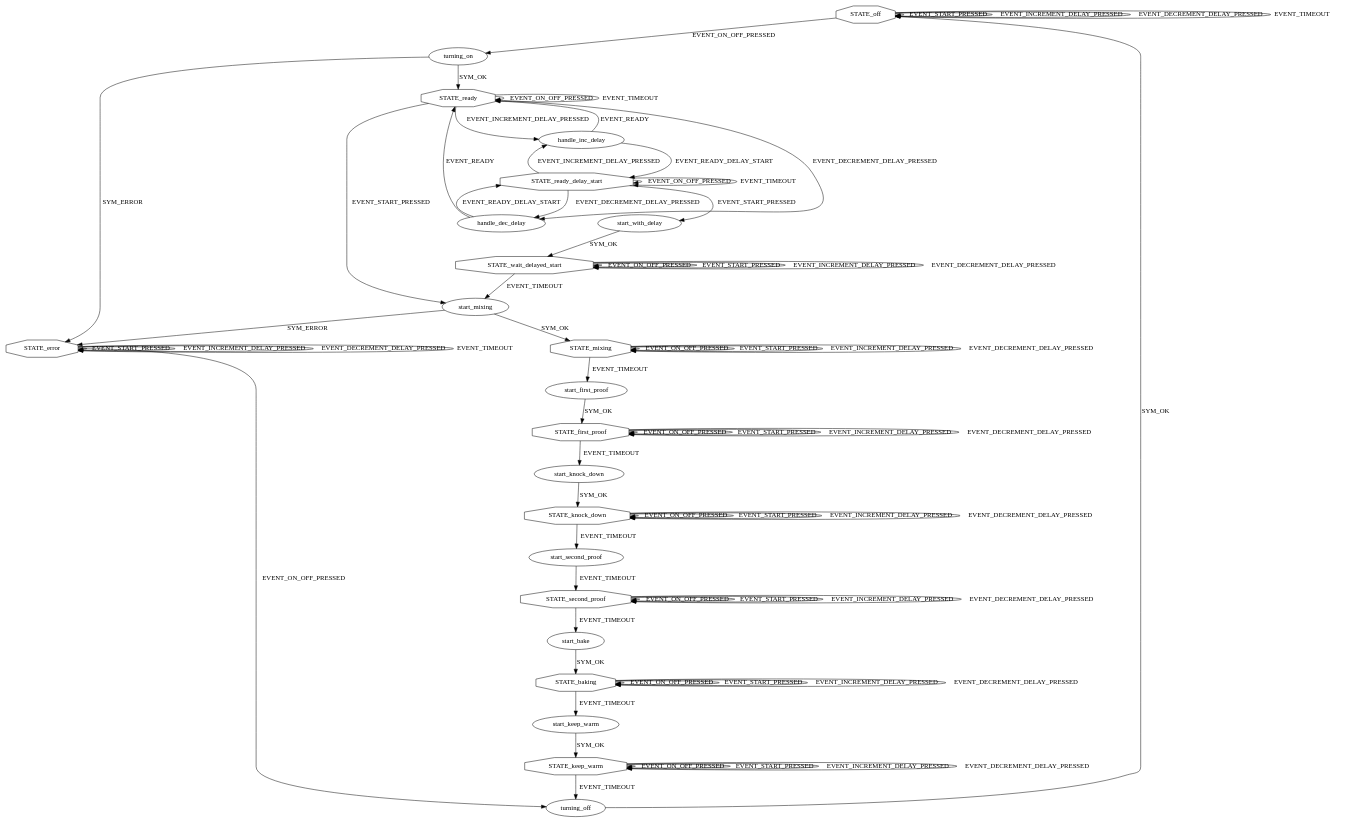
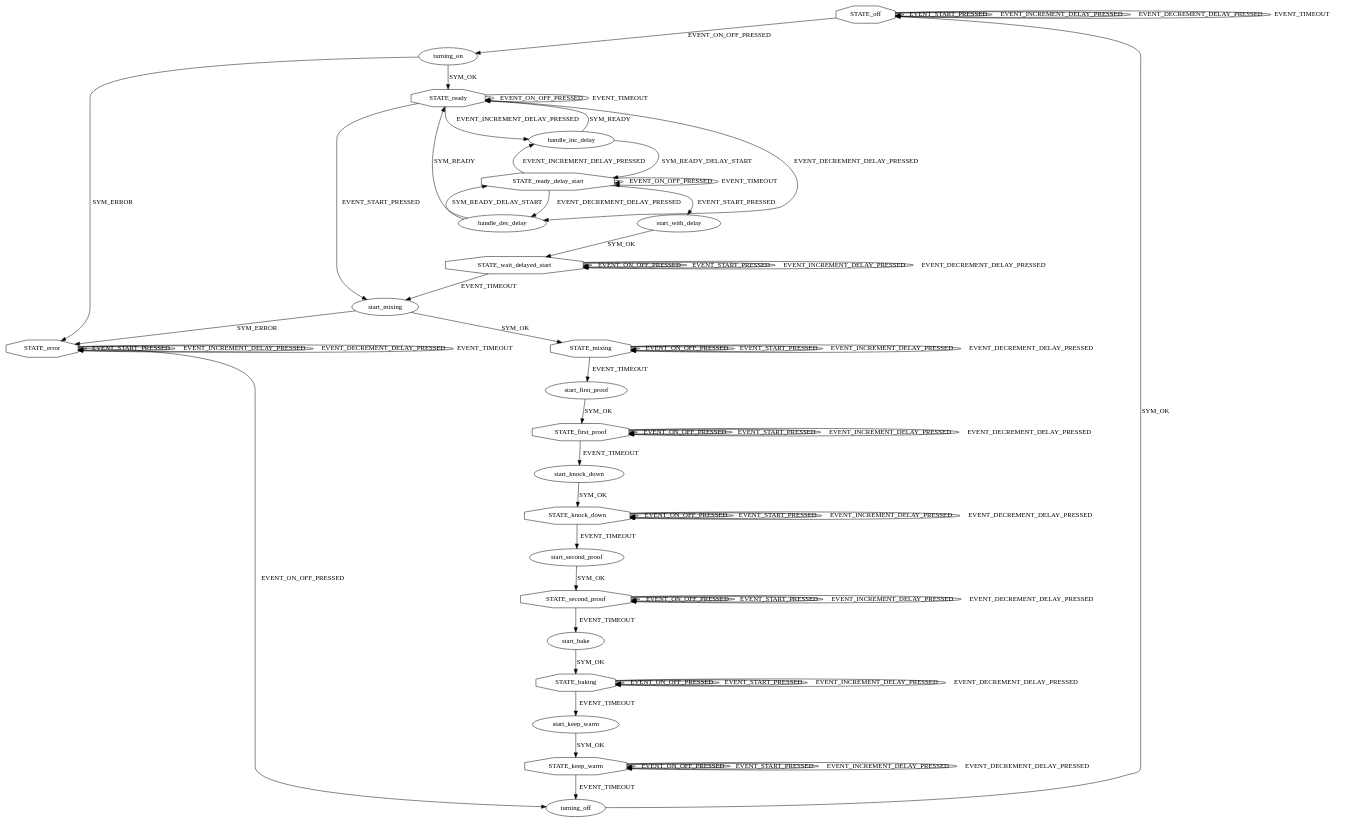
The diagram in examples/ex_01.dot (sammyblueeyes/state_machine_gen), drawn with Graphviz before and after one commit.

Commit message:
Fix a few bugs in BreadMachine state machine definition

```diff
--- a/examples/ex_01.dot
+++ b/examples/ex_01.dot
@@ -1,103 +1,103 @@
 digraph BreadMachine {
     // *** States ***
     STATE_off[shape=octagon];
     STATE_ready[shape=octagon];
     STATE_ready_delay_start[shape=octagon];
     STATE_wait_delayed_start[shape=octagon];
     STATE_mixing[shape=octagon];
     STATE_first_proof[shape=octagon];
     STATE_knock_down[shape=octagon];
     STATE_second_proof[shape=octagon];
     STATE_baking[shape=octagon];
     STATE_keep_warm[shape=octagon];
     STATE_error[shape=octagon];
 
     // *** Transitions ***
     // In order for the state machine to be complete, all EVENTS need to be 
     // handled by every STATE - even if this is a no-op:
     //    EVENT_ON_OFF_PRESSED
     //    EVENT_START_PRESSED
     //    EVENT_INCREMENT_DELAY_PRESSED
     //    EVENT_DECREMENT_DELAY_PRESSED
     //    EVENT_TIMEOUT
     STATE_off -> turning_on[label="EVENT_ON_OFF_PRESSED"]
         turning_on -> STATE_error[label="SYM_ERROR"]
         turning_on -> STATE_ready[label="SYM_OK"]
     STATE_off -> STATE_off[label="EVENT_START_PRESSED"]
     STATE_off -> STATE_off[label="EVENT_INCREMENT_DELAY_PRESSED"]
     STATE_off -> STATE_off[label="EVENT_DECREMENT_DELAY_PRESSED"]
     STATE_off -> STATE_off[label="EVENT_TIMEOUT"]
 
     STATE_error -> turning_off[label="EVENT_ON_OFF_PRESSED"]
         turning_off -> STATE_off[label="SYM_OK"]
     STATE_error -> STATE_error[label="EVENT_START_PRESSED"]
     STATE_error -> STATE_error[label="EVENT_INCREMENT_DELAY_PRESSED"]
     STATE_error -> STATE_error[label="EVENT_DECREMENT_DELAY_PRESSED"]
     STATE_error -> STATE_error[label="EVENT_TIMEOUT"]
 
     STATE_ready -> handle_inc_delay[label="EVENT_INCREMENT_DELAY_PRESSED"]
-        handle_inc_delay -> STATE_ready[label="EVENT_READY"]
-        handle_inc_delay -> STATE_ready_delay_start[label="EVENT_READY_DELAY_START"]
+        handle_inc_delay -> STATE_ready[label="SYM_READY"]
+        handle_inc_delay -> STATE_ready_delay_start[label="SYM_READY_DELAY_START"]
     STATE_ready -> handle_dec_delay[label="EVENT_DECREMENT_DELAY_PRESSED"]
-        handle_dec_delay -> STATE_ready[label="EVENT_READY"]
-        handle_dec_delay -> STATE_ready_delay_start[label="EVENT_READY_DELAY_START"]
+        handle_dec_delay -> STATE_ready[label="SYM_READY"]
+        handle_dec_delay -> STATE_ready_delay_start[label="SYM_READY_DELAY_START"]
     STATE_ready -> start_mixing[label="EVENT_START_PRESSED"]
     STATE_ready -> STATE_ready[label="EVENT_ON_OFF_PRESSED"]
     STATE_ready -> STATE_ready[label="EVENT_TIMEOUT"]
 
     STATE_ready_delay_start -> handle_inc_delay[label="EVENT_INCREMENT_DELAY_PRESSED"]
     STATE_ready_delay_start -> handle_dec_delay[label="EVENT_DECREMENT_DELAY_PRESSED"]
     STATE_ready_delay_start -> start_with_delay[label="EVENT_START_PRESSED"]
         start_with_delay -> STATE_wait_delayed_start[label="SYM_OK"]
     STATE_ready_delay_start -> STATE_ready_delay_start[label="EVENT_ON_OFF_PRESSED"]
     STATE_ready_delay_start -> STATE_ready_delay_start[label="EVENT_TIMEOUT"]
 
     STATE_wait_delayed_start -> start_mixing[label="EVENT_TIMEOUT"]
         start_mixing -> STATE_error[label="SYM_ERROR"]
         start_mixing -> STATE_mixing[label="SYM_OK"]
     STATE_wait_delayed_start -> STATE_wait_delayed_start[label="EVENT_ON_OFF_PRESSED"]
     STATE_wait_delayed_start -> STATE_wait_delayed_start[label="EVENT_START_PRESSED"]
     STATE_wait_delayed_start -> STATE_wait_delayed_start[label="EVENT_INCREMENT_DELAY_PRESSED"]
     STATE_wait_delayed_start -> STATE_wait_delayed_start[label="EVENT_DECREMENT_DELAY_PRESSED"]
 
     STATE_mixing -> start_first_proof[label="EVENT_TIMEOUT"]
         start_first_proof -> STATE_first_proof[label="SYM_OK"]
     STATE_mixing -> STATE_mixing[label="EVENT_ON_OFF_PRESSED"]
     STATE_mixing -> STATE_mixing[label="EVENT_START_PRESSED"]
     STATE_mixing -> STATE_mixing[label="EVENT_INCREMENT_DELAY_PRESSED"]
     STATE_mixing -> STATE_mixing[label="EVENT_DECREMENT_DELAY_PRESSED"]
 
     STATE_first_proof -> start_knock_down[label="EVENT_TIMEOUT"]
         start_knock_down -> STATE_knock_down[label="SYM_OK"]
     STATE_first_proof -> STATE_first_proof[label="EVENT_ON_OFF_PRESSED"]
     STATE_first_proof -> STATE_first_proof[label="EVENT_START_PRESSED"]
     STATE_first_proof -> STATE_first_proof[label="EVENT_INCREMENT_DELAY_PRESSED"]
     STATE_first_proof -> STATE_first_proof[label="EVENT_DECREMENT_DELAY_PRESSED"]
 
     STATE_knock_down -> start_second_proof[label="EVENT_TIMEOUT"]
-        start_second_proof -> STATE_second_proof[label="EVENT_TIMEOUT"]
+        start_second_proof -> STATE_second_proof[label="SYM_OK"]
     STATE_knock_down -> STATE_knock_down[label="EVENT_ON_OFF_PRESSED"]
     STATE_knock_down -> STATE_knock_down[label="EVENT_START_PRESSED"]
     STATE_knock_down -> STATE_knock_down[label="EVENT_INCREMENT_DELAY_PRESSED"]
     STATE_knock_down -> STATE_knock_down[label="EVENT_DECREMENT_DELAY_PRESSED"]
 
     STATE_second_proof -> start_bake[label="EVENT_TIMEOUT"]
         start_bake -> STATE_baking[label="SYM_OK"]
     STATE_second_proof -> STATE_second_proof[label="EVENT_ON_OFF_PRESSED"]
     STATE_second_proof -> STATE_second_proof[label="EVENT_START_PRESSED"]
     STATE_second_proof -> STATE_second_proof[label="EVENT_INCREMENT_DELAY_PRESSED"]
     STATE_second_proof -> STATE_second_proof[label="EVENT_DECREMENT_DELAY_PRESSED"]
 
     STATE_baking -> start_keep_warm[label="EVENT_TIMEOUT"]
         start_keep_warm -> STATE_keep_warm[label="SYM_OK"]
     STATE_baking -> STATE_baking[label="EVENT_ON_OFF_PRESSED"]
     STATE_baking -> STATE_baking[label="EVENT_START_PRESSED"]
     STATE_baking -> STATE_baking[label="EVENT_INCREMENT_DELAY_PRESSED"]
     STATE_baking -> STATE_baking[label="EVENT_DECREMENT_DELAY_PRESSED"]
 
     STATE_keep_warm -> turning_off[label="EVENT_TIMEOUT"]
     STATE_keep_warm -> STATE_keep_warm[label="EVENT_ON_OFF_PRESSED"]
     STATE_keep_warm -> STATE_keep_warm[label="EVENT_START_PRESSED"]
     STATE_keep_warm -> STATE_keep_warm[label="EVENT_INCREMENT_DELAY_PRESSED"]
     STATE_keep_warm -> STATE_keep_warm[label="EVENT_DECREMENT_DELAY_PRESSED"]
 }
```
